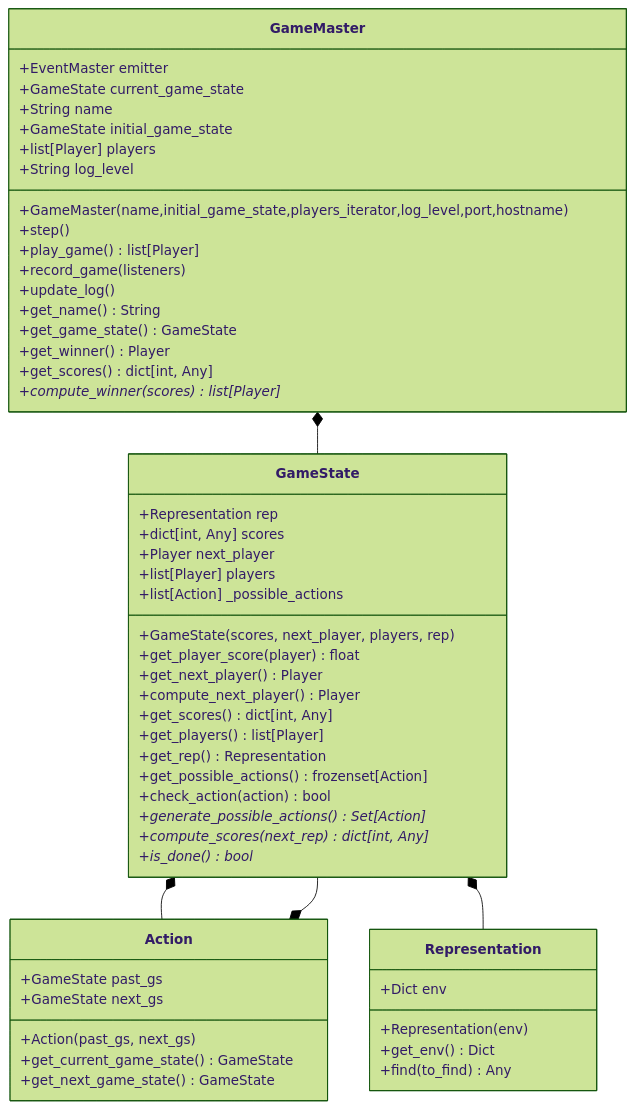
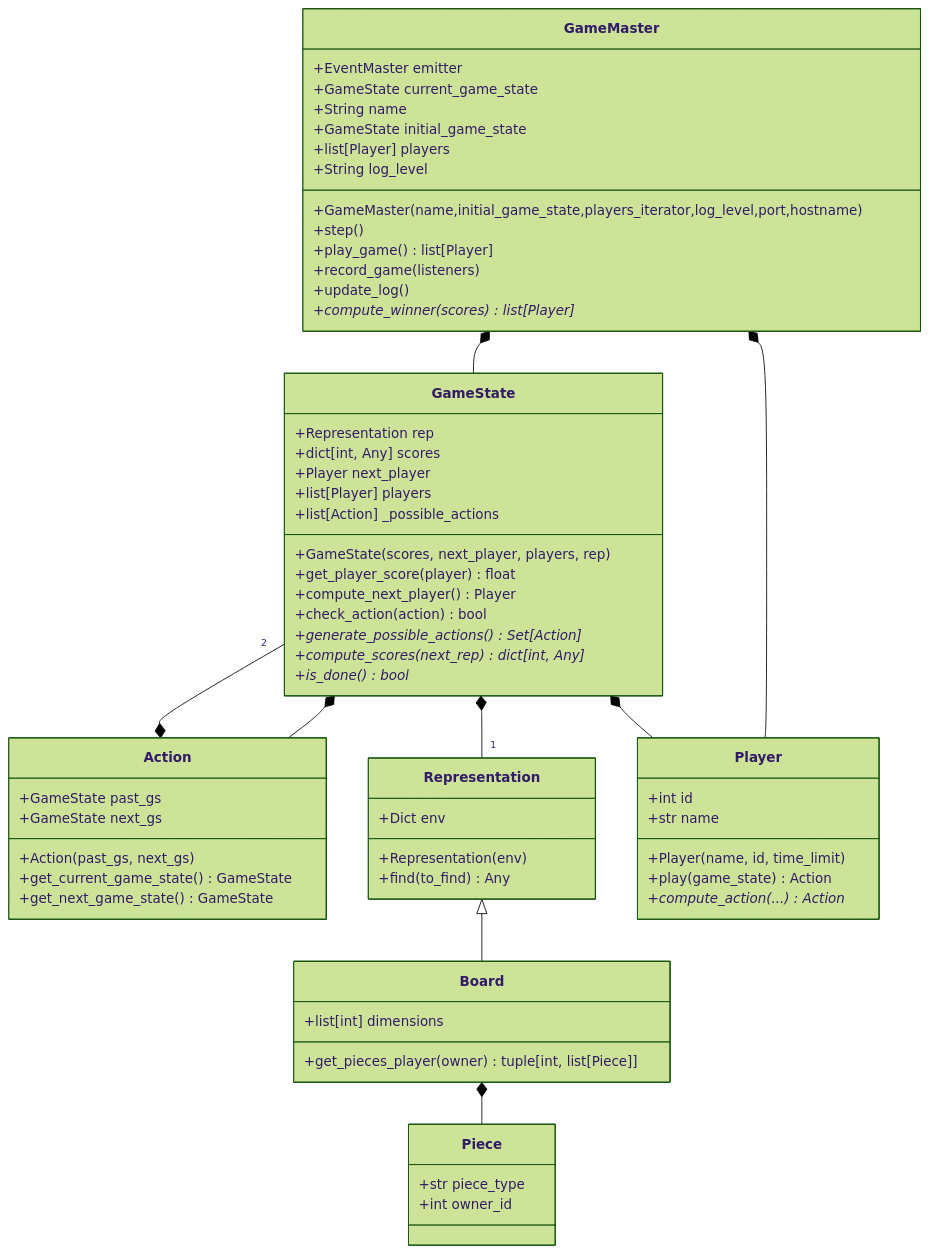
Before and after one commit to corail-research/seahorse: the diagram in docs/overview/objects.md, drawn with Mermaid (forest theme).

Commit message:
[up] doc

````diff
--- a/docs/overview/objects.md
+++ b/docs/overview/objects.md
@@ -2,62 +2,74 @@
 ``` mermaid
 classDiagram
 
   GameState *--  Action
-  Action *--  GameState
+  Action *--"2"  GameState
   GameMaster *-- GameState
-  GameState *-- Representation
+  GameState *--"1" Representation
+  Representation <|-- Board
+  Board *-- Piece
+  GameMaster *-- Player
+  GameState *-- Player
   
   class GameState{
     +Representation rep
     +dict[int, Any] scores
     +Player next_player
     +list[Player] players
     +list[Action] _possible_actions
     +GameState(scores, next_player, players, rep)  
     +get_player_score(player) float
-    +get_next_player() Player
     +compute_next_player() Player
-    +get_scores() dict[int, Any]
-    +get_players() list[Player]
-    +get_rep() Representation
-    +get_possible_actions() frozenset[Action]
     +check_action(action) bool
     +generate_possible_actions()* Set[Action]
     +compute_scores(next_rep)* dict[int, Any]
     +is_done()* bool
   }
 
   class Action{
     +GameState past_gs 
     +GameState next_gs
     +Action(past_gs, next_gs)
     +get_current_game_state() GameState
     +get_next_game_state() GameState
   }
 
   class GameMaster{
     +EventMaster emitter
     +GameState current_game_state
     +String name
     +GameState initial_game_state
     +list[Player] players
     +String log_level
     +GameMaster(name,initial_game_state,players_iterator,log_level,port,hostname)
     +step()
     +play_game() list[Player]
     +record_game(listeners)
     +update_log()
-    +get_name() String
-    +get_game_state() GameState
-    +get_winner() Player
-    +get_scores() dict[int, Any]
     +compute_winner(scores)* list[Player] 
   }
 
   class Representation{
     +Dict env
     +Representation(env)
-    +get_env() Dict
     +find(to_find) Any
   }
+
+  class Board{
+    +list[int] dimensions
+    +get_pieces_player(owner) tuple[int, list[Piece]]
+  }
+
+  class Piece{
+    +str piece_type
+    +int owner_id
+  }
+
+  class Player{
+    +int id
+    +str name
+    +Player(name, id, time_limit)
+    +play(game_state) Action
+    +compute_action(...)* Action
+  }
 ```
````
